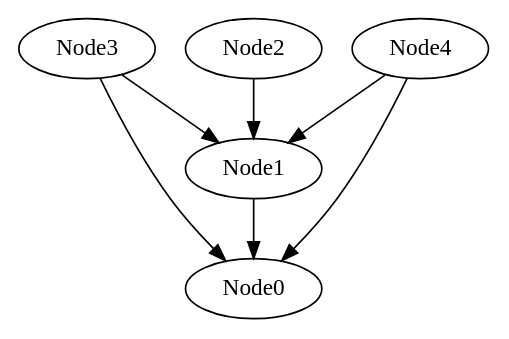
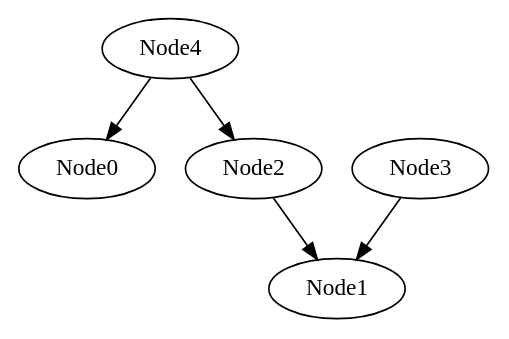
The diagram in Visualize/currGraph.gv (zephyr06/DAG_NLP), drawn with Graphviz before and after one commit. The commit also changed 12 other files, not shown here.

```diff
--- a/Visualize/currGraph.gv
+++ b/Visualize/currGraph.gv
@@ -1,20 +1,16 @@
 // The Round Table
 digraph {
 	Node0
 	Node1
 	Node2
 	Node3
 	Node4
+	Node3 -> Node1
+
 	Node2 -> Node1
 
 	Node4 -> Node0
 
-	Node4 -> Node1
-
-	Node3 -> Node0
-
-	Node3 -> Node1
-
-	Node1 -> Node0
+	Node4 -> Node2
 
 }
```
